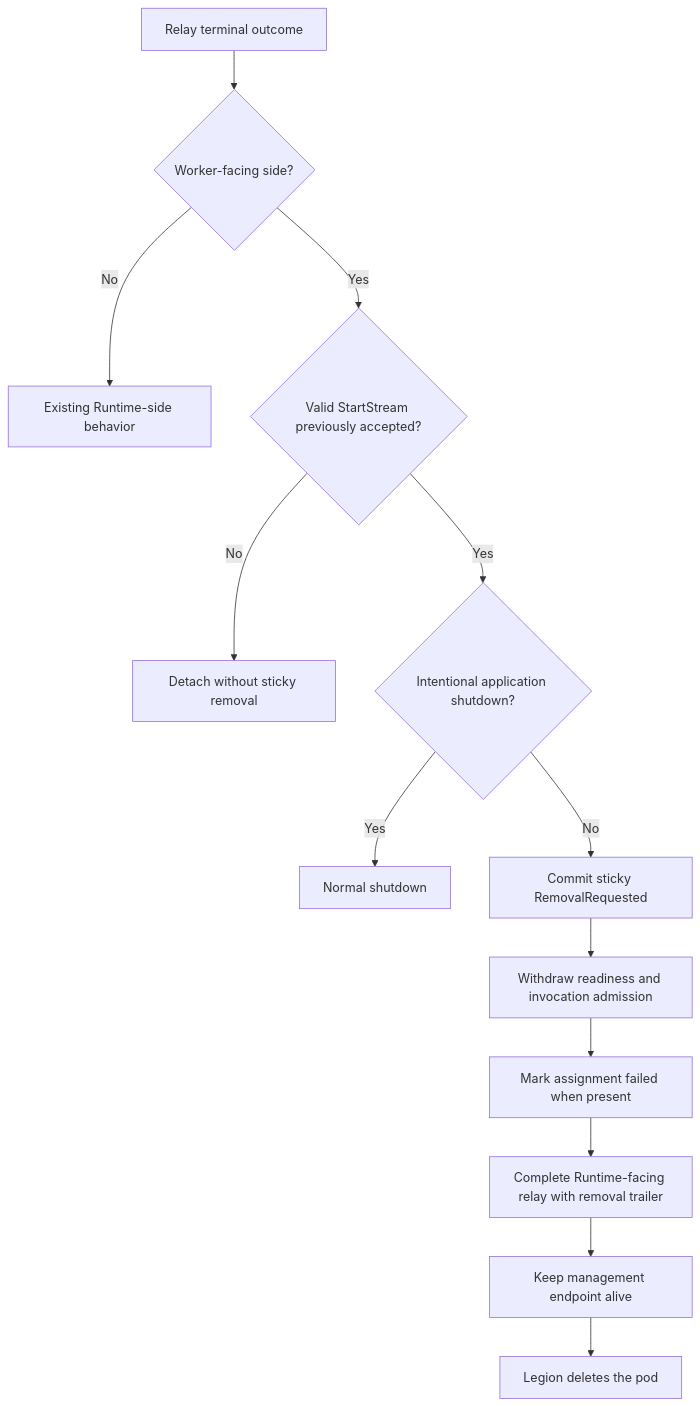
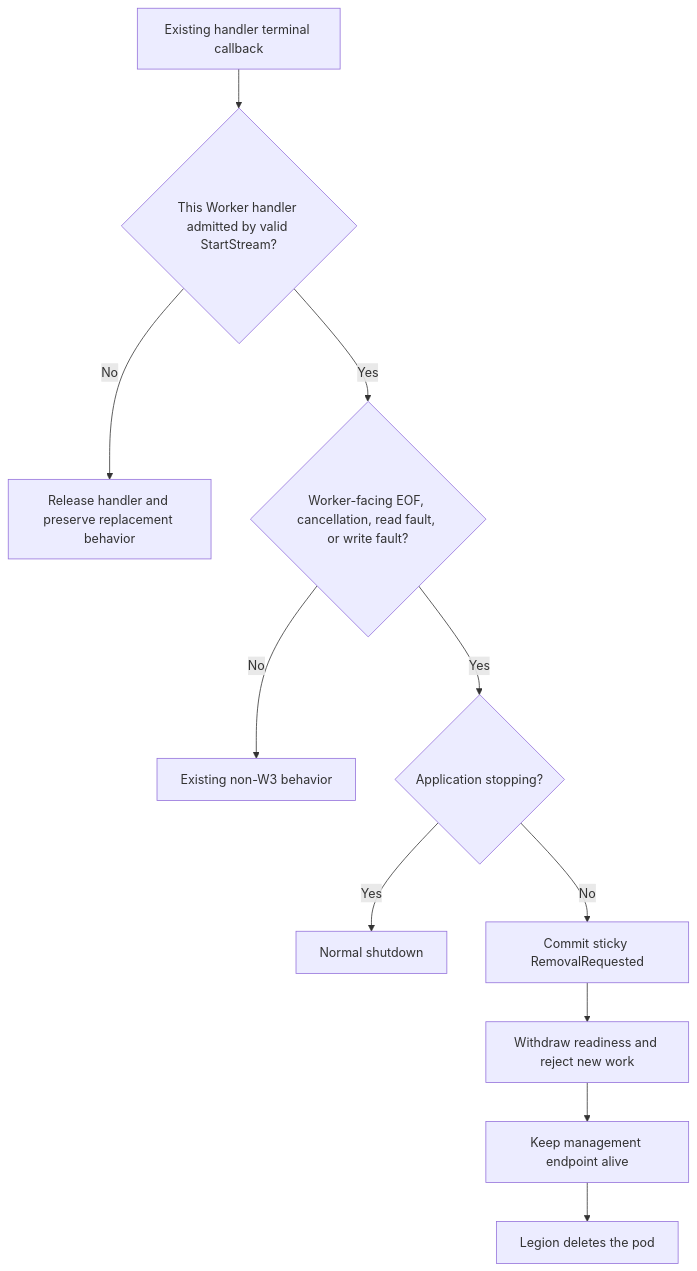
Before and after one commit to Azure/azure-functions-host: the second of 3 diagrams in tools/ComputeSeparation/byoc-worker-grpc-failure-cleanup.md, drawn with Mermaid. The commit also changed other lines of this file and 18 other files, not shown here.

````diff
--- a/tools/ComputeSeparation/byoc-worker-grpc-failure-cleanup.md
+++ b/tools/ComputeSeparation/byoc-worker-grpc-failure-cleanup.md
@@ -47,15 +46,13 @@
 ```mermaid
 flowchart TD
-    A[Relay terminal outcome] --> B{Worker-facing side?}
-    B -->|No| C[Existing Runtime-side behavior]
-    B -->|Yes| D{Valid StartStream previously accepted?}
-    D -->|No| E[Detach without sticky removal]
-    D -->|Yes| F{Intentional application shutdown?}
+    A[Existing handler terminal callback] --> B{This Worker handler admitted by valid StartStream?}
+    B -->|No| C[Release handler and preserve replacement behavior]
+    B -->|Yes| D{Worker-facing EOF, cancellation, read fault, or write fault?}
+    D -->|No| E[Existing non-W3 behavior]
+    D -->|Yes| F{Application stopping?}
     F -->|Yes| G[Normal shutdown]
     F -->|No| H[Commit sticky RemovalRequested]
-    H --> I[Withdraw readiness and invocation admission]
-    I --> J[Mark assignment failed when present]
-    J --> K[Complete Runtime-facing relay with removal trailer]
-    K --> L[Keep management endpoint alive]
-    L --> M[Legion deletes the pod]
+    H --> I[Withdraw readiness and reject new work]
+    I --> J[Keep management endpoint alive]
+    J --> K[Legion deletes the pod]
 ```
````
